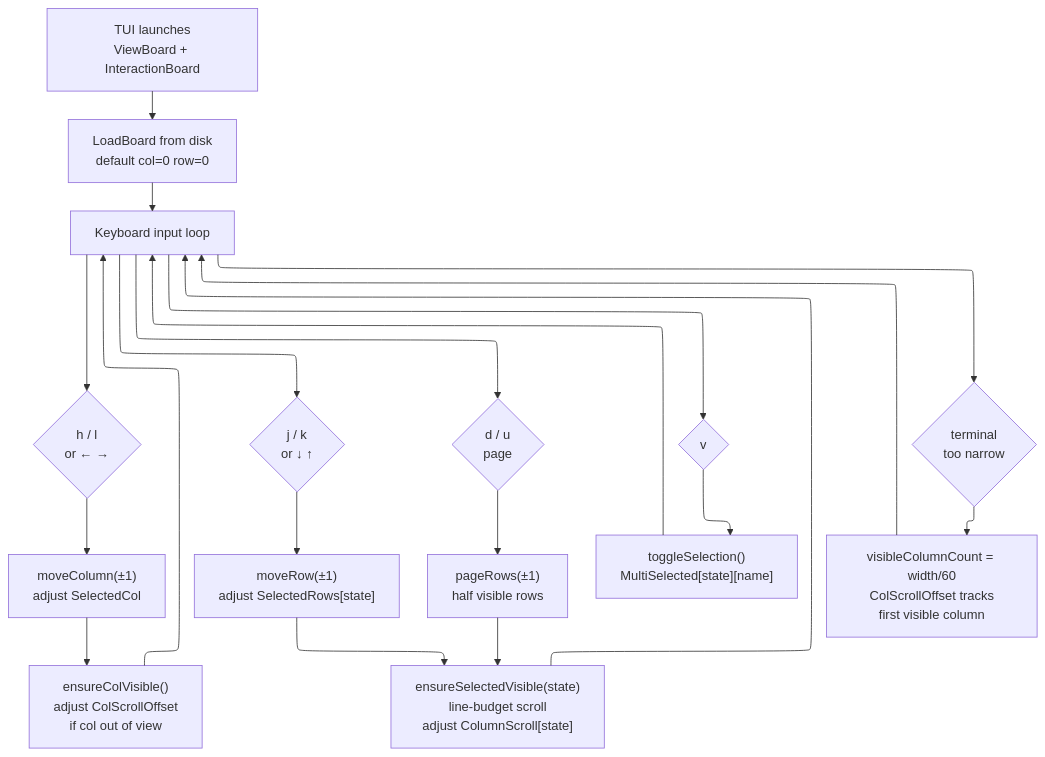
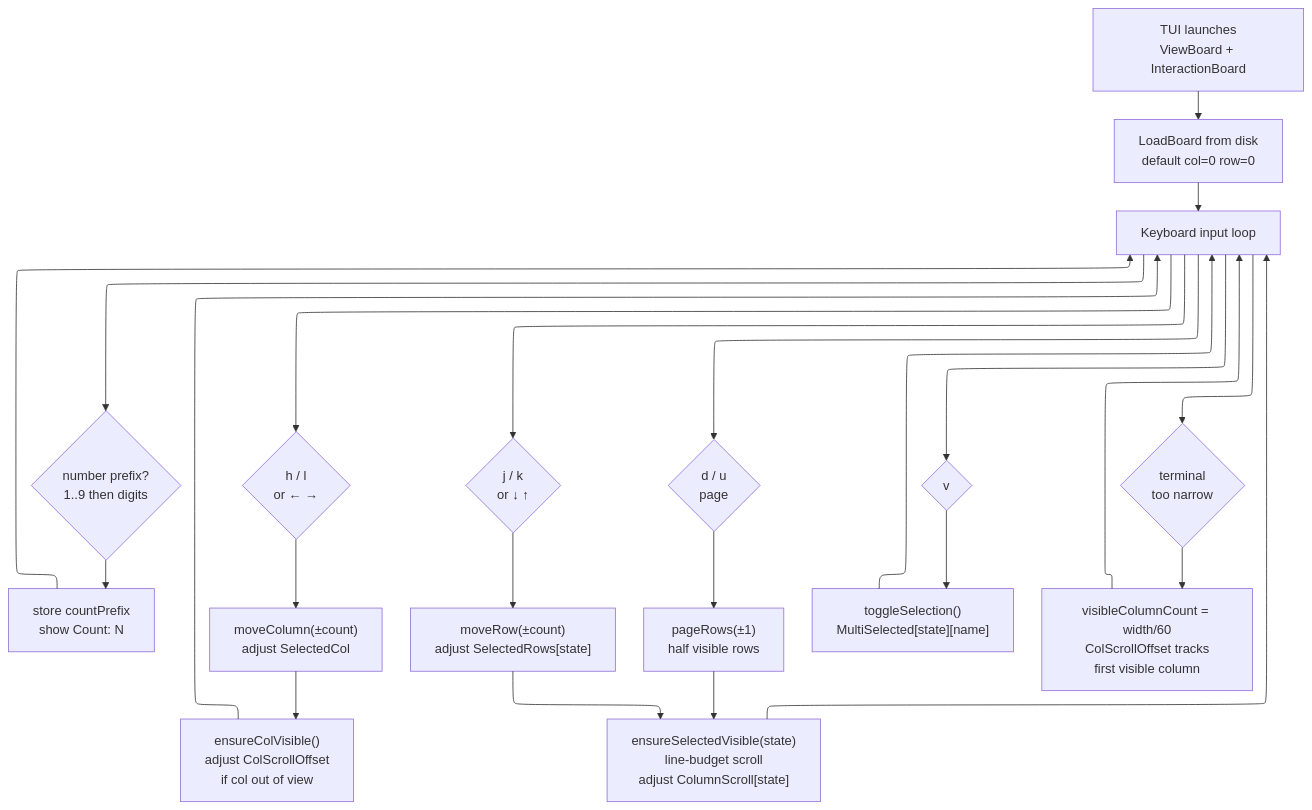
Before and after one commit to dawidsok/tickcats: the first of 3 diagrams in docs/flows/board-navigation.md, drawn with Mermaid. The commit also changed other lines of this file and 5 other files, not shown here.

````diff
--- a/docs/flows/board-navigation.md
+++ b/docs/flows/board-navigation.md
@@ -7,28 +7,32 @@
 ```mermaid
 %%{init: {"flowchart": {"defaultRenderer": "elk"}} }%%
 flowchart TD
     Start["TUI launches\nViewBoard + InteractionBoard"] --> Init["LoadBoard from disk\ndefault col=0 row=0"]
     Init --> Loop["Keyboard input loop"]
 
+    Loop --> CountPrefix{"number prefix?\n1..9 then digits"}
+    CountPrefix --> PendingCount["store countPrefix\nshow Count: N"]
+    PendingCount --> Loop
+
     Loop --> ColNav{"h / l\nor ← →"}
-    ColNav --> MoveCol["moveColumn(±1)\nadjust SelectedCol"]
+    ColNav --> MoveCol["moveColumn(±count)\nadjust SelectedCol"]
     MoveCol --> EnsureColVis["ensureColVisible()\nadjust ColScrollOffset\nif col out of view"]
     EnsureColVis --> Loop
 
     Loop --> RowNav{"j / k\nor ↓ ↑"}
-    RowNav --> MoveRow["moveRow(±1)\nadjust SelectedRows[state]"]
+    RowNav --> MoveRow["moveRow(±count)\nadjust SelectedRows[state]"]
     MoveRow --> EnsureRowVis["ensureSelectedVisible(state)\nline-budget scroll\nadjust ColumnScroll[state]"]
     EnsureRowVis --> Loop
 
     Loop --> PageNav{"d / u\npage"}
     PageNav --> PageRows["pageRows(±1)\nhalf visible rows"]
     PageRows --> EnsureRowVis
 
     Loop --> MultiSel{"v"}
     MultiSel --> Toggle["toggleSelection()\nMultiSelected[state][name]"]
     Toggle --> Loop
 
     Loop --> HScroll{"terminal\ntoo narrow"}
     HScroll --> HScrollLogic["visibleColumnCount = width/60\nColScrollOffset tracks\nfirst visible column"]
     HScrollLogic --> Loop
 ```
````
